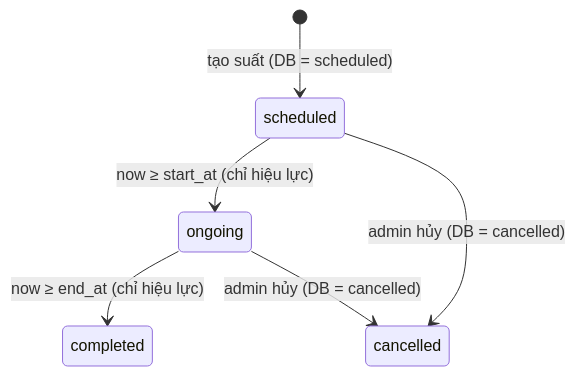
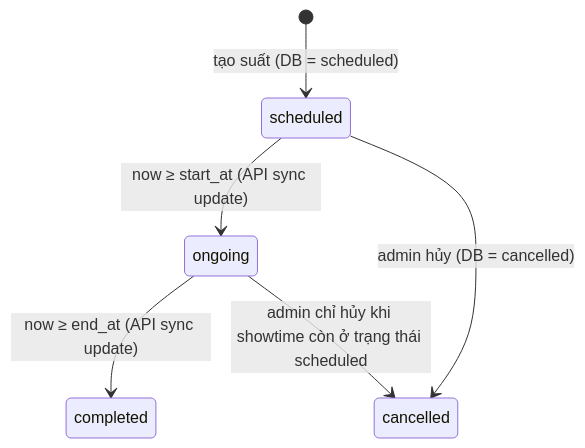
The ninth of 11 diagrams in myproject/SPEC.md (Hoangvu2911/SBU5_learnPython), drawn with Mermaid before and after one commit. The commit also changed other lines of this file and 15 other files, not shown here.

````diff
--- a/myproject/SPEC.md
+++ b/myproject/SPEC.md
@@ -462,8 +447,8 @@
 ```mermaid
 stateDiagram-v2
   [*] --> scheduled : tạo suất (DB = scheduled)
-  scheduled --> ongoing : now ≥ start_at (chỉ hiệu lực)
-  ongoing --> completed : now ≥ end_at (chỉ hiệu lực)
+  scheduled --> ongoing : now ≥ start_at (API sync update)
+  ongoing --> completed : now ≥ end_at (API sync update)
   scheduled --> cancelled : admin hủy (DB = cancelled)
-  ongoing --> cancelled : admin hủy (DB = cancelled)
+  ongoing --> cancelled : admin chỉ hủy khi showtime còn ở trạng thái scheduled
 ```
````
